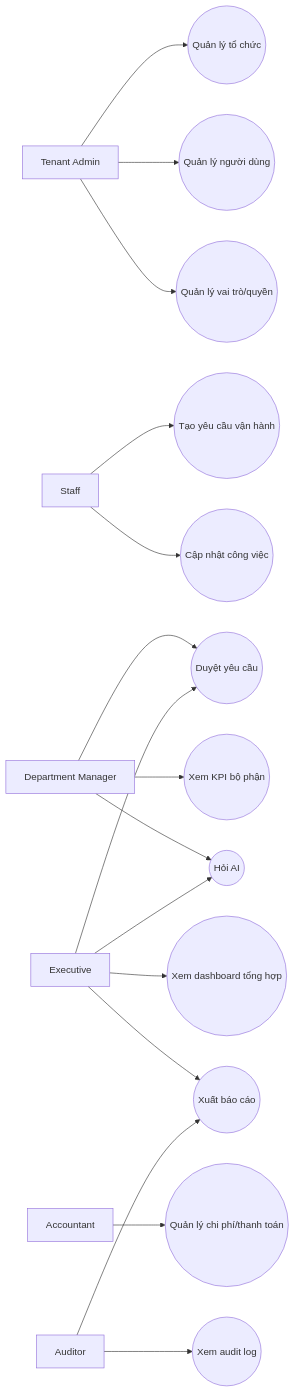
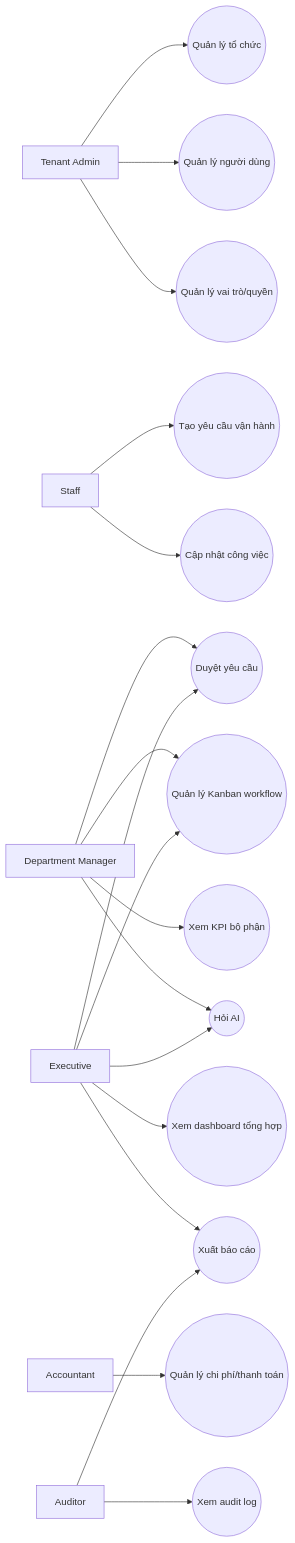
One commit to quanptatb/OmniBizAI changed the first of 11 diagrams in docs/05-System-Design-and-Diagrams.md. Above: the diagram before and after it, drawn with Mermaid. The commit also changed other lines of this file and 15 other files, not shown here.

Commit message:
feat: implement workflow operations module with Kanban board, task details, and approval tracking

````diff
--- a/docs/05-System-Design-and-Diagrams.md
+++ b/docs/05-System-Design-and-Diagrams.md
@@ -23,22 +23,24 @@
 ```mermaid
 flowchart LR
     Admin["Tenant Admin"] --> Org(("Quản lý tổ chức"))
     Admin --> Users(("Quản lý người dùng"))
     Admin --> Roles(("Quản lý vai trò/quyền"))
 
     Staff["Staff"] --> CreateOps(("Tạo yêu cầu vận hành"))
     Staff --> UpdateTask(("Cập nhật công việc"))
 
     Manager["Department Manager"] --> Approve(("Duyệt yêu cầu"))
+    Manager --> Kanban(("Quản lý Kanban workflow"))
     Manager --> DeptReport(("Xem KPI bộ phận"))
     Manager --> Ai(("Hỏi AI"))
 
     Executive["Executive"] --> Dashboard(("Xem dashboard tổng hợp"))
+    Executive --> Kanban
     Executive --> Approve
     Executive --> Ai
     Executive --> Export(("Xuất báo cáo"))
 
     Accountant["Accountant"] --> Finance(("Quản lý chi phí/thanh toán"))
     Auditor["Auditor"] --> Audit(("Xem audit log"))
     Auditor --> Export
 ```
````
